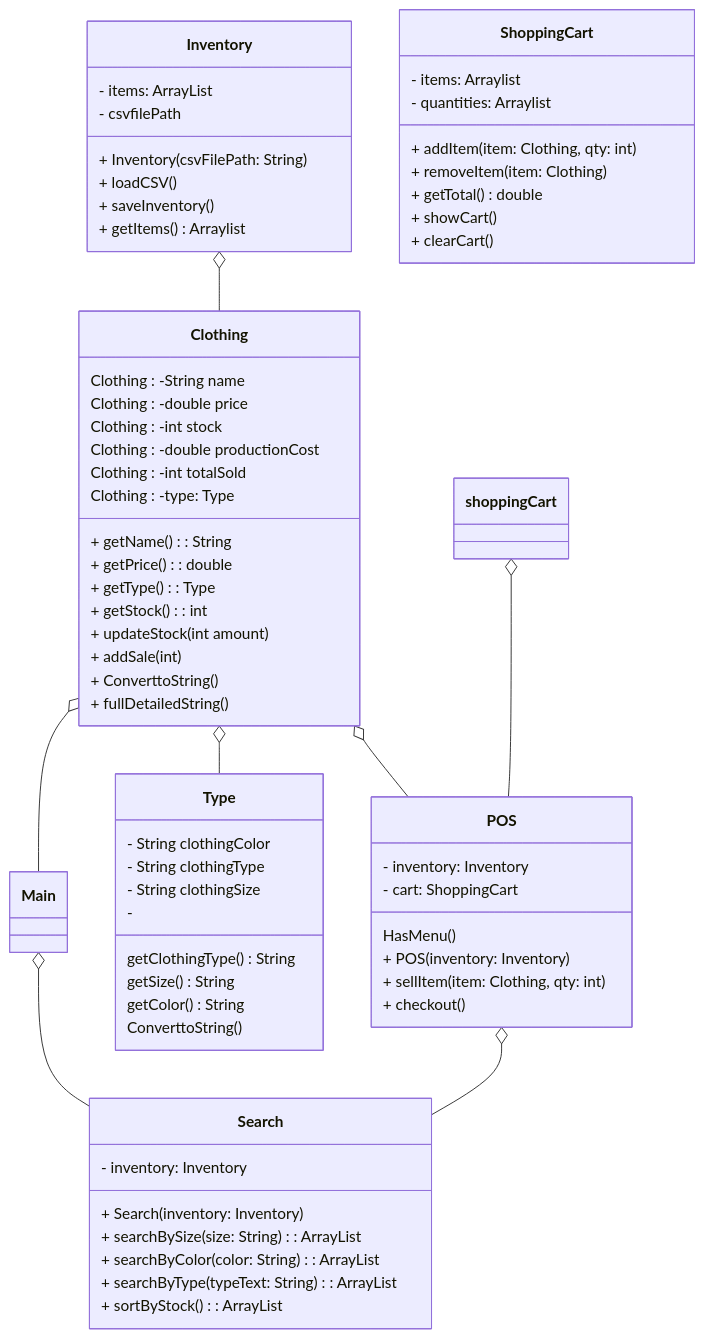
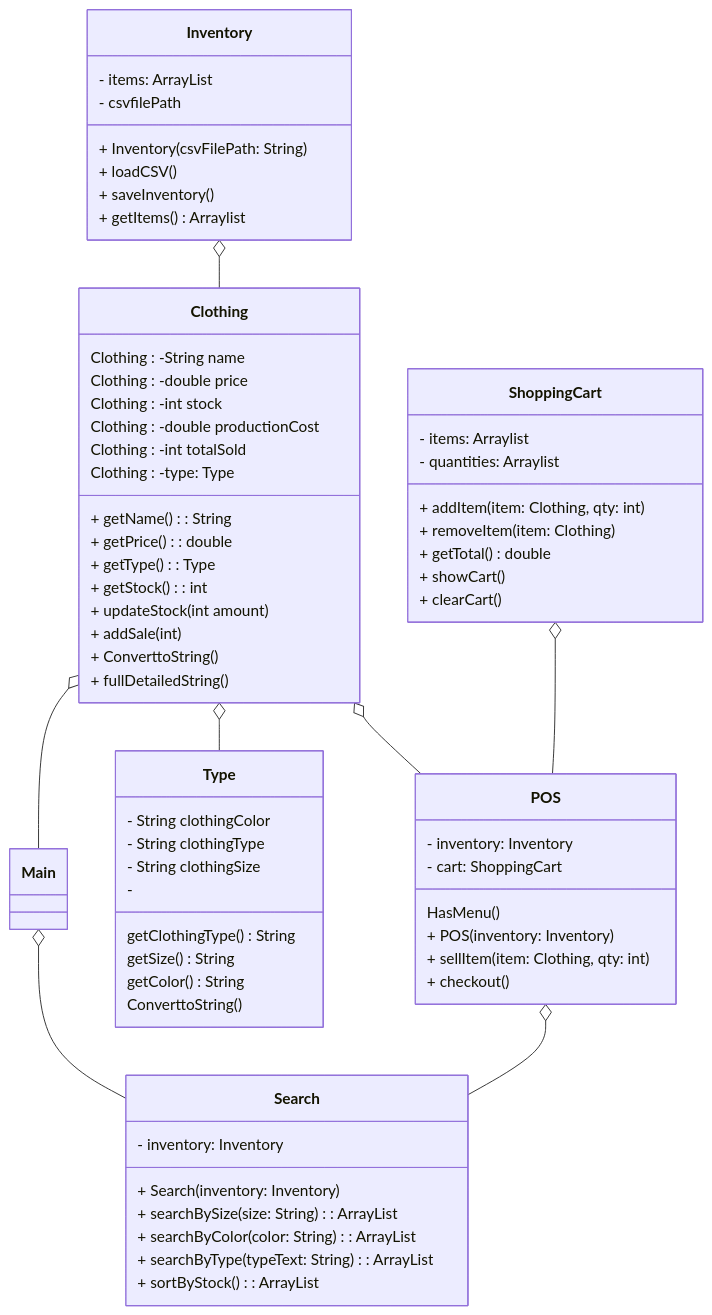
The diagram in README.md (EthanRGraham/Final_Project_CS121), drawn with Mermaid before and after one commit.

````diff
--- a/README.md
+++ b/README.md
@@ -38,83 +38,83 @@
 ```mermaid
 classDiagram
     Main o-- Search
     class Main{
     }
     Clothing o-- Main
     Clothing o-- Type
     class Clothing{
         Clothing : -String name
         Clothing : -double price
         Clothing : -int stock
         Clothing : -double productionCost
         Clothing : -int totalSold 
         Clothing : -type: Type
     
         + getName(): String
         + getPrice(): double
         + getType(): Type
         + getStock(): int
         + updateStock(int amount)
         + addSale(int)
         + ConverttoString()
         + fullDetailedString()
     }
     class Type{
         - String clothingColor
         - String clothingType
         - String clothingSize
         - 
         getClothingType() String
         getSize() String
         getColor() String
         ConverttoString()
     }
     Inventory  o-- Clothing
     class Inventory{
         - items: ArrayList<Clothing>  
         - csvfilePath
 
         + Inventory(csvFilePath: String)
         + loadCSV()
         + saveInventory()
         + getItems() Arraylist<Clothing>
     }
     class Search{
       - inventory: Inventory 
     
         + Search(inventory: Inventory )       
         + searchBySize(size: String): ArrayList<Clothing>
         + searchByColor(color: String): ArrayList<Clothing>
         + searchByType(typeText: String): ArrayList<Clothing>
         + sortByStock(): ArrayList<Clothing>
 
 
     }
     POS o-- Search
     Clothing o-- POS
     class POS {
         - inventory: Inventory
         - cart: ShoppingCart
 
         HasMenu()
         + POS(inventory: Inventory)
         + sellItem(item: Clothing, qty: int)
         + checkout()        
     }
-shoppingCart o-- POS
+ShoppingCart o-- POS
 class ShoppingCart{
     - items: Arraylist<Clothing>
     - quantities: Arraylist<Integer>
 
     + addItem(item: Clothing, qty: int)
     + removeItem(item: Clothing)
     + getTotal() double
     + showCart()
     + clearCart()
     
 }
 
 
 
 
 ```
````
